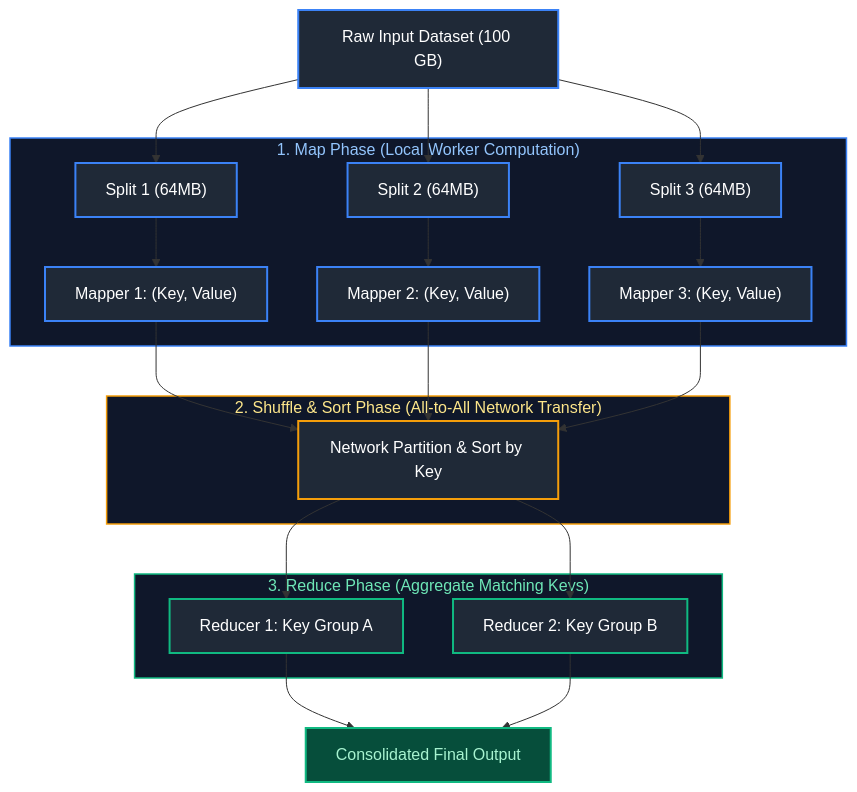
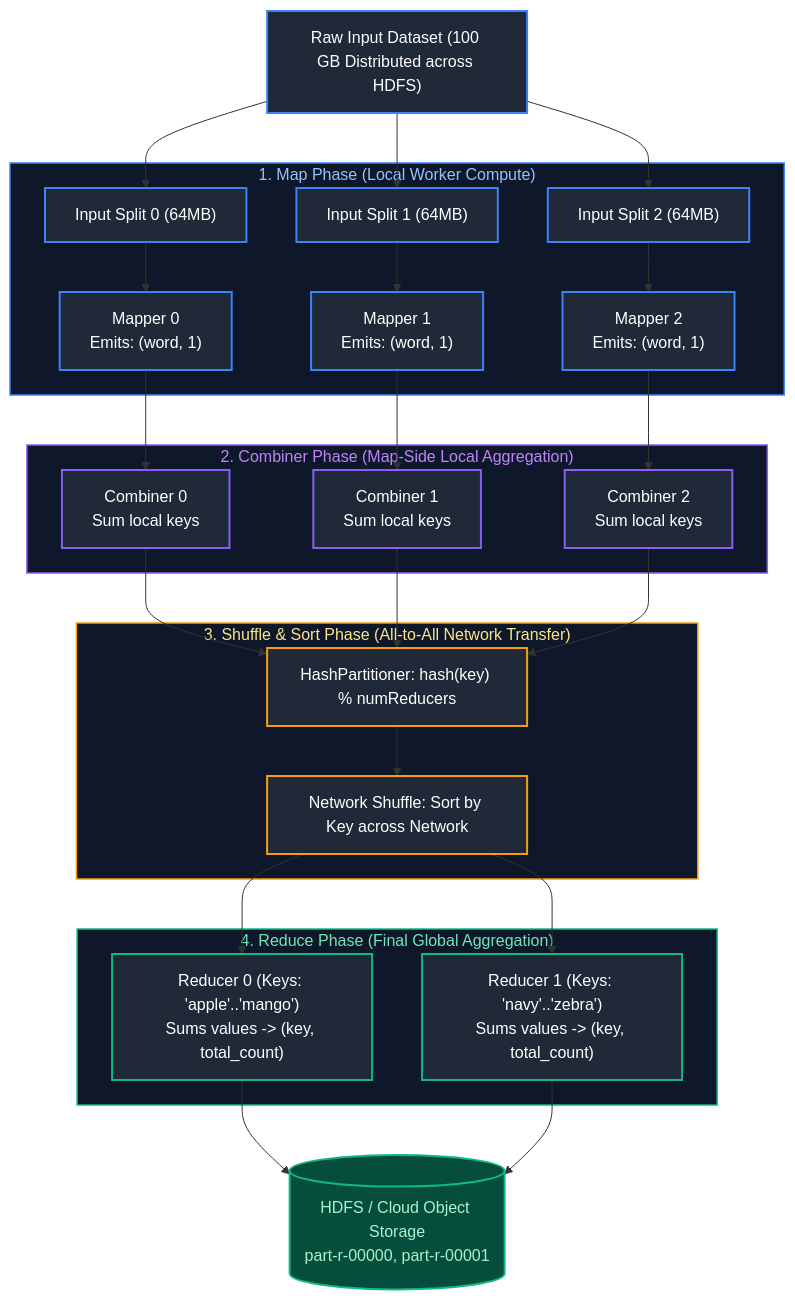
The second of 19 diagrams in Data Engineering/05_distributed_systems_and_apis.md (joydeep-biswas/Interview-Preparation), drawn with Mermaid before and after one commit. The commit also changed other lines of this file and 143 other files, not shown here.

````diff
--- a/Data Engineering/05_distributed_systems_and_apis.md
+++ b/Data Engineering/05_distributed_systems_and_apis.md
@@ -97,37 +124,49 @@
 ```mermaid
 flowchart TD
-    RawData["Raw Input Dataset (100 GB)"] --> S1["Split 1 (64MB)"] & S2["Split 2 (64MB)"] & S3["Split 3 (64MB)"]
+    RawData["Raw Input Dataset (100 GB Distributed across HDFS)"] --> S1["Input Split 0 (64MB)"] & S2["Input Split 1 (64MB)"] & S3["Input Split 2 (64MB)"]
     
-    subgraph MapPhase ["1. Map Phase (Local Worker Computation)"]
-        S1 --> M1["Mapper 1: (Key, Value)"]
-        S2 --> M2["Mapper 2: (Key, Value)"]
-        S3 --> M3["Mapper 3: (Key, Value)"]
+    subgraph MapPhase ["1. Map Phase (Local Worker Compute)"]
+        S1 --> M1["Mapper 0<br/>Emits: (word, 1)"]
+        S2 --> M2["Mapper 1<br/>Emits: (word, 1)"]
+        S3 --> M3["Mapper 2<br/>Emits: (word, 1)"]
     end
 
-    subgraph ShufflePhase ["2. Shuffle & Sort Phase (All-to-All Network Transfer)"]
-        M1 & M2 & M3 --> Shuffle["Network Partition & Sort by Key"]
+    subgraph CombinerPhase ["2. Combiner Phase (Map-Side Local Aggregation)"]
+        M1 --> C1["Combiner 0<br/>Sum local keys"]
+        M2 --> C2["Combiner 1<br/>Sum local keys"]
+        M3 --> C3["Combiner 2<br/>Sum local keys"]
     end
 
-    subgraph ReducePhase ["3. Reduce Phase (Aggregate Matching Keys)"]
-        Shuffle --> R1["Reducer 1: Key Group A"]
-        Shuffle --> R2["Reducer 2: Key Group B"]
+    subgraph ShufflePhase ["3. Shuffle & Sort Phase (All-to-All Network Transfer)"]
+        C1 & C2 & C3 --> HashPart["HashPartitioner: hash(key) % numReducers"]
+        HashPart --> ShuffleSort["Network Shuffle: Sort by Key across Network"]
     end
 
-    R1 & R2 --> Out[Consolidated Final Output]
+    subgraph ReducePhase ["4. Reduce Phase (Final Global Aggregation)"]
+        ShuffleSort --> R1["Reducer 0 (Keys: 'apple'..'mango')<br/>Sums values -> (key, total_count)"]
+        ShuffleSort --> R2["Reducer 1 (Keys: 'navy'..'zebra')<br/>Sums values -> (key, total_count)"]
+    end
+
+    R1 & R2 --> HDFSOut[("HDFS / Cloud Object Storage<br/>part-r-00000, part-r-00001")]
 
     style MapPhase fill:#0f172a,stroke:#3b82f6,stroke-width:1.5px,color:#93c5fd
+    style CombinerPhase fill:#0f172a,stroke:#8b5cf6,stroke-width:1.5px,color:#c084fc
     style ShufflePhase fill:#0f172a,stroke:#f59e0b,stroke-width:1.5px,color:#fde68a
     style ReducePhase fill:#0f172a,stroke:#10b981,stroke-width:1.5px,color:#6ee7b7
 
     style RawData fill:#1f2937,stroke:#3b82f6,stroke-width:2px,color:#fff
     style S1 fill:#1f2937,stroke:#3b82f6,stroke-width:2px,color:#fff
     style S2 fill:#1f2937,stroke:#3b82f6,stroke-width:2px,color:#fff
     style S3 fill:#1f2937,stroke:#3b82f6,stroke-width:2px,color:#fff
     style M1 fill:#1f2937,stroke:#3b82f6,stroke-width:2px,color:#fff
     style M2 fill:#1f2937,stroke:#3b82f6,stroke-width:2px,color:#fff
     style M3 fill:#1f2937,stroke:#3b82f6,stroke-width:2px,color:#fff
-    style Shuffle fill:#1f2937,stroke:#f59e0b,stroke-width:2px,color:#fff
+    style C1 fill:#1f2937,stroke:#8b5cf6,stroke-width:2px,color:#fff
+    style C2 fill:#1f2937,stroke:#8b5cf6,stroke-width:2px,color:#fff
+    style C3 fill:#1f2937,stroke:#8b5cf6,stroke-width:2px,color:#fff
+    style HashPart fill:#1f2937,stroke:#f59e0b,stroke-width:2px,color:#fff
+    style ShuffleSort fill:#1f2937,stroke:#f59e0b,stroke-width:2px,color:#fff
     style R1 fill:#1f2937,stroke:#10b981,stroke-width:2px,color:#fff
     style R2 fill:#1f2937,stroke:#10b981,stroke-width:2px,color:#fff
-    style Out fill:#064e3b,stroke:#10b981,stroke-width:2px,color:#a7f3d0
+    style HDFSOut fill:#064e3b,stroke:#10b981,stroke-width:2px,color:#a7f3d0
 ```
````
